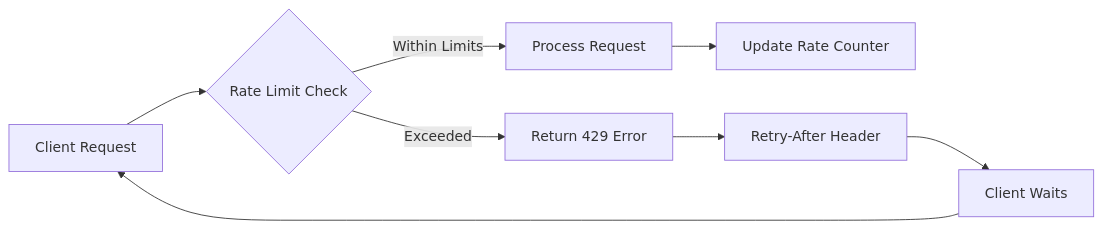
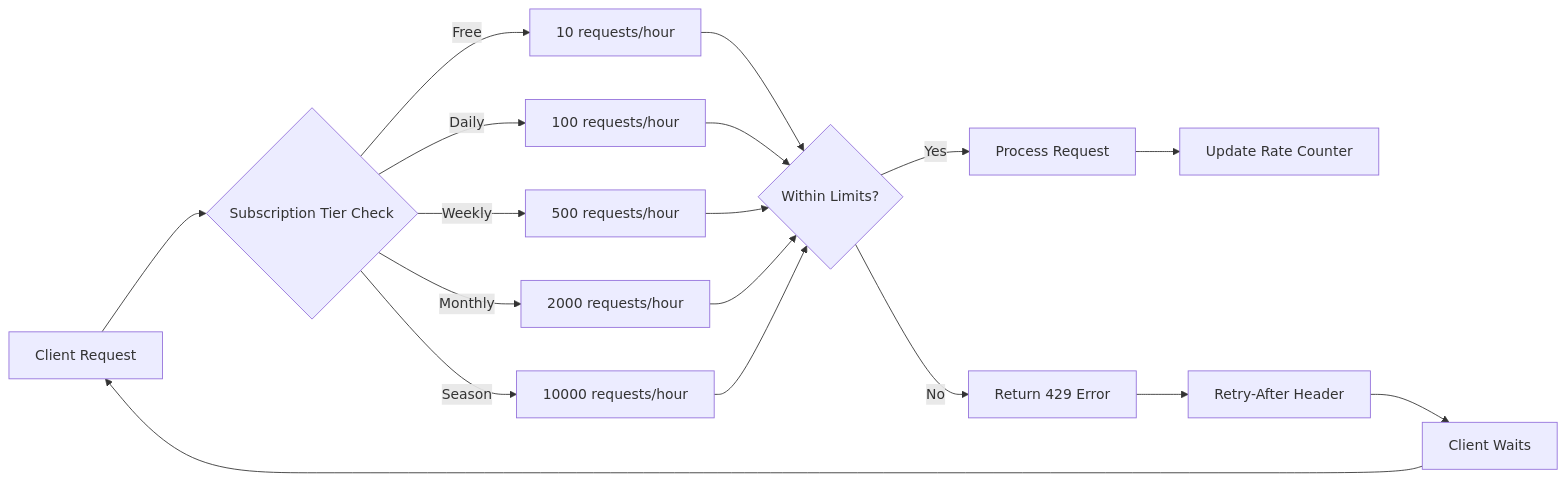
The ninth of 11 diagrams in .qoder/repowiki/en/content/API Reference/API Reference.md (Lego4005/nfl-predictor-api), drawn with Mermaid before and after one commit. The commit also changed other lines of this file and 9 other files, not shown here.

````diff
--- a/.qoder/repowiki/en/content/API Reference/API Reference.md
+++ b/.qoder/repowiki/en/content/API Reference/API Reference.md
@@ -347,10 +383,20 @@
 ```mermaid
 flowchart LR
-A[Client Request] --> B{Rate Limit Check}
-B --> |Within Limits| C[Process Request]
-B --> |Exceeded| D[Return 429 Error]
-C --> E[Update Rate Counter]
-D --> F[Retry-After Header]
-F --> G[Client Waits]
-G --> A
+A[Client Request] --> B{Subscription Tier Check}
+B --> |Free| C[10 requests/hour]
+B --> |Daily| D[100 requests/hour]
+B --> |Weekly| E[500 requests/hour]
+B --> |Monthly| F[2000 requests/hour]
+B --> |Season| G[10000 requests/hour]
+C --> H{Within Limits?}
+D --> H
+E --> H
+F --> H
+G --> H
+H --> |Yes| I[Process Request]
+H --> |No| J[Return 429 Error]
+I --> K[Update Rate Counter]
+J --> L[Retry-After Header]
+L --> M[Client Waits]
+M --> A
 ```
````
